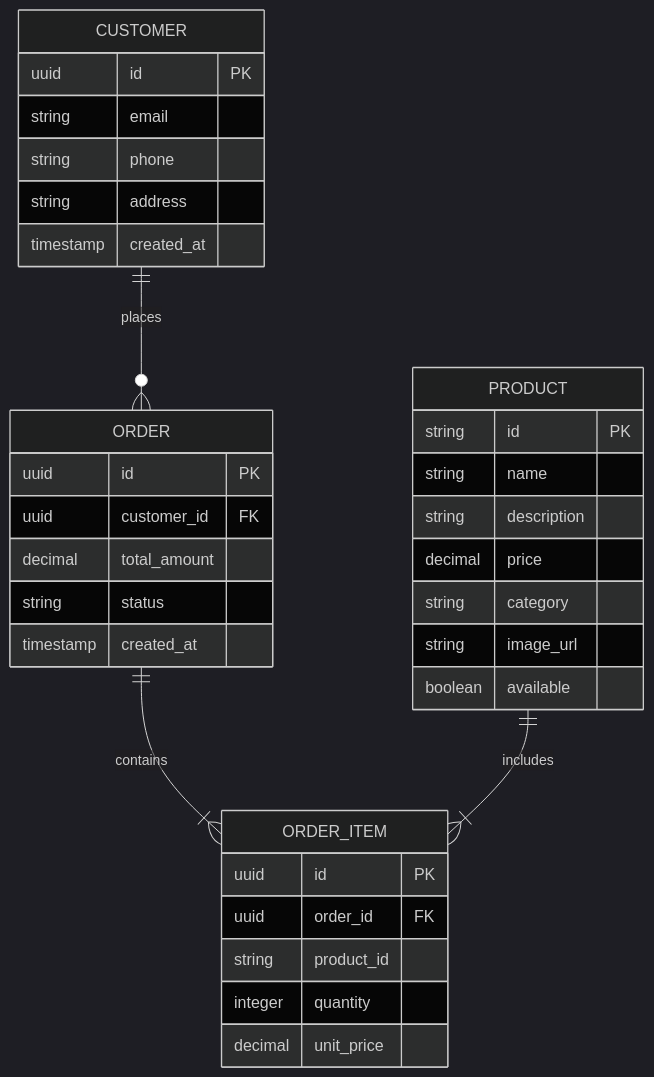
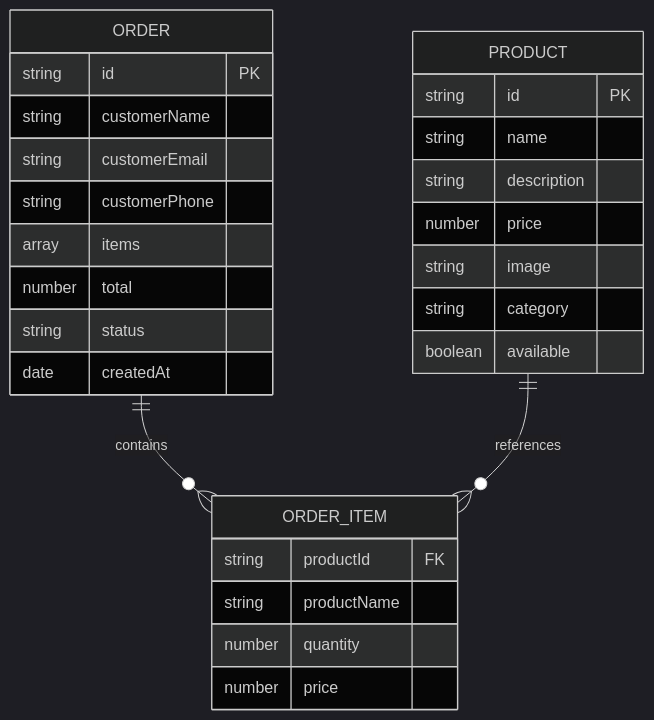
Before and after one commit to gaby28894178/tienda_pedidos-: the third of 3 diagrams in .trae/documents/technical_architecture.md, drawn with Mermaid (dark theme). The commit also changed other lines of this file and 4 other files, not shown here.

````diff
--- a/.trae/documents/technical_architecture.md
+++ b/.trae/documents/technical_architecture.md
@@ -108,37 +108,31 @@
 ```mermaid
 erDiagram
-  CUSTOMER ||--o{ ORDER : places
-  ORDER ||--|{ ORDER_ITEM : contains
-  PRODUCT ||--|{ ORDER_ITEM : includes
-
-  CUSTOMER {
-      uuid id PK
-      string email
-      string phone
-      string address
-      timestamp created_at
-  }
-  ORDER {
-      uuid id PK
-      uuid customer_id FK
-      decimal total_amount
-      string status
-      timestamp created_at
-  }
-  ORDER_ITEM {
-      uuid id PK
-      uuid order_id FK
-      string product_id
-      integer quantity
-      decimal unit_price
-  }
-  PRODUCT {
-      string id PK
-      string name
-      string description
-      decimal price
-      string category
-      string image_url
-      boolean available
-  }
+    PRODUCT {
+        string id PK
+        string name
+        string description
+        number price
+        string image
+        string category
+        boolean available
+    }
+    ORDER {
+        string id PK
+        string customerName
+        string customerEmail
+        string customerPhone
+        array items
+        number total
+        string status
+        date createdAt
+    }
+    ORDER_ITEM {
+        string productId FK
+        string productName
+        number quantity
+        number price
+    }
+    
+    ORDER ||--o{ ORDER_ITEM : contains
+    PRODUCT ||--o{ ORDER_ITEM : references
 ```
````
